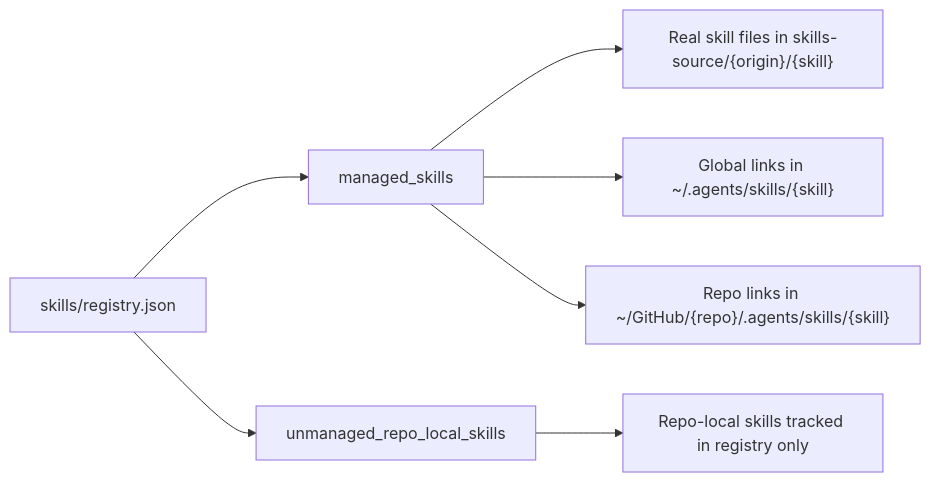
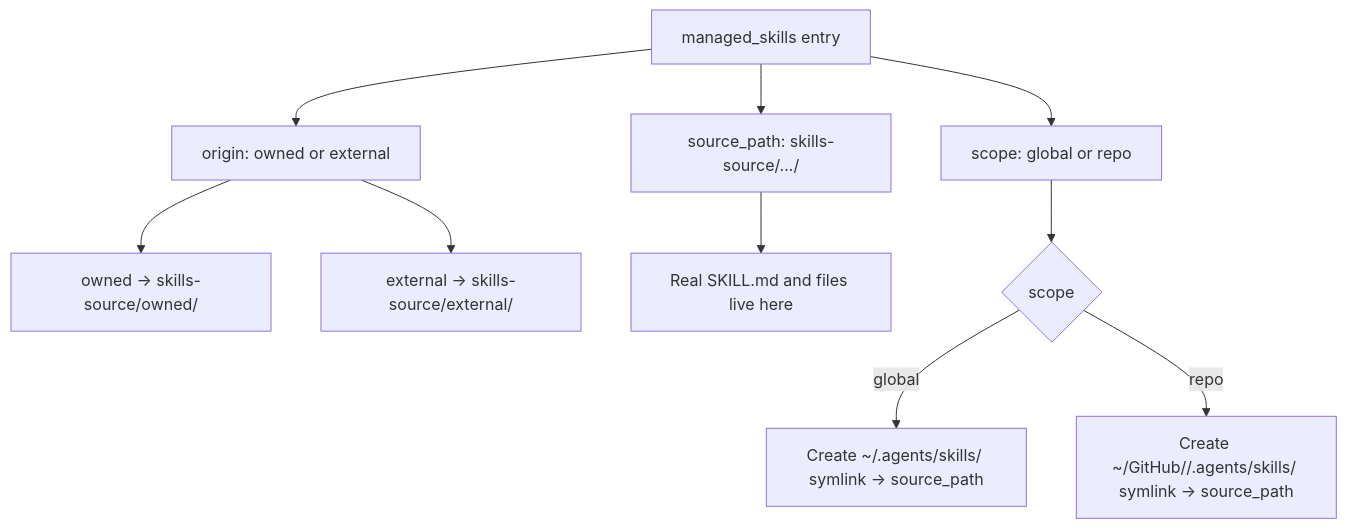
One commit to wisdom-in-a-nutshell/.agents changed the first of 5 diagrams in docs/references/skills-registry.md. Above: the diagram before and after it, drawn with Mermaid. The commit also changed other lines of this file, not shown here.

````diff
--- a/docs/references/skills-registry.md
+++ b/docs/references/skills-registry.md
@@ -13,12 +17,14 @@
 ```mermaid
-flowchart LR
-    R["skills/registry.json"]
-    R --> M["managed_skills"]
-    R --> U["unmanaged_repo_local_skills"]
+flowchart TD
+    A["managed_skills entry"] --> B["origin: owned or external"]
+    A --> C["source_path: skills-source/.../<skill>"]
+    A --> D["scope: global or repo"]
 
-    M --> SRC["Real skill files in skills-source/{origin}/{skill}"]
-    M --> G["Global links in ~/.agents/skills/{skill}"]
-    M --> P["Repo links in ~/GitHub/{repo}/.agents/skills/{skill}"]
+    B --> E["owned -> skills-source/owned/<skill>"]
+    B --> F["external -> skills-source/external/<skill>"]
+    C --> G["Real SKILL.md and files live here"]
 
-    U --> LOCAL["Repo-local skills tracked in registry only"]
+    D --> H{"scope"}
+    H -->|global| I["Create ~/.agents/skills/<skill> symlink -> source_path"]
+    H -->|repo| J["Create ~/GitHub/<repo>/.agents/skills/<skill> symlink -> source_path"]
 ```
````
